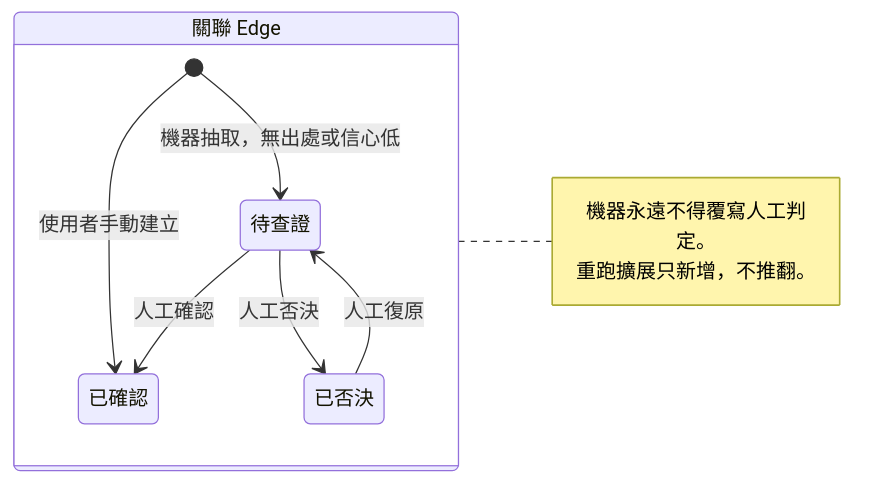
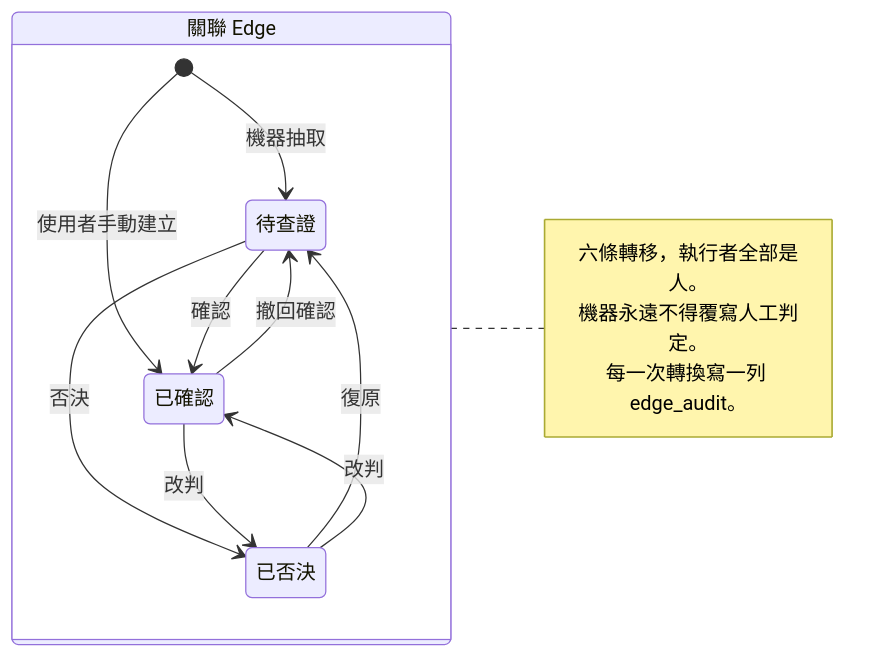
One commit to SpringRain555/cyclosa changed the fourth of 4 diagrams in docs/architecture/state-machines.md. Above: the diagram before and after it, drawn with Mermaid. The commit also changed other lines of this file and 35 other files, not shown here.

````diff
--- a/docs/architecture/state-machines.md
+++ b/docs/architecture/state-machines.md
@@ -104,12 +104,15 @@
 ```mermaid
 stateDiagram-v2
   direction LR
   state "關聯 Edge" as E {
-    [*] --> 待查證 : 機器抽取，無出處或信心低
+    [*] --> 待查證 : 機器抽取
     [*] --> 已確認 : 使用者手動建立
-    待查證 --> 已確認 : 人工確認
-    待查證 --> 已否決 : 人工否決
-    已否決 --> 待查證 : 人工復原
+    待查證 --> 已確認 : 確認
+    待查證 --> 已否決 : 否決
+    已確認 --> 待查證 : 撤回確認
+    已確認 --> 已否決 : 改判
+    已否決 --> 待查證 : 復原
+    已否決 --> 已確認 : 改判
   }
-  note right of E : 機器永遠不得覆寫人工判定。<br/>重跑擴展只新增，不推翻。
+  note right of E : 六條轉移，執行者全部是人。<br/>機器永遠不得覆寫人工判定。<br/>每一次轉換寫一列 edge_audit。
 ```
````
